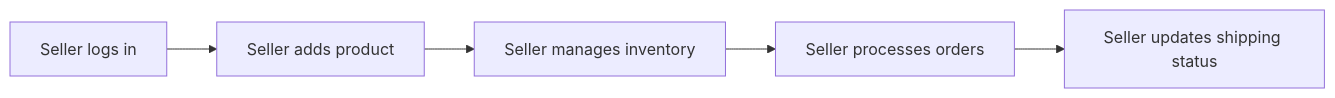
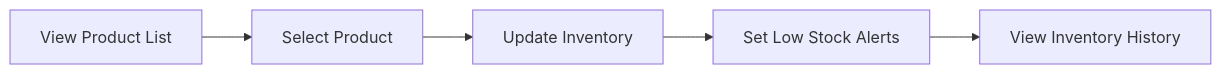
One commit to wrtnlabs/autobe-examples changed diagram 15 of 20 in mistralai/codestral-2508/shopping/docs/analysis/03-user-flows.md. Above: the diagram before and after it, drawn with Mermaid. The commit also changed other lines of this file and 7173 other files, not shown here.

````diff
--- a/mistralai/codestral-2508/shopping/docs/analysis/03-user-flows.md
+++ b/mistralai/codestral-2508/shopping/docs/analysis/03-user-flows.md
@@ -321,7 +163,7 @@
 ```mermaid
-flowchart LR
-    A["Seller logs in"] --> B["Seller adds product"]
-    B --> C["Seller manages inventory"]
-    C --> D["Seller processes orders"]
-    D --> E["Seller updates shipping status"]
+graph LR
+    A["View Product List"] --> B["Select Product"]
+    B --> C["Update Inventory"]
+    C --> D["Set Low Stock Alerts"]
+    D --> E["View Inventory History"]
 ```
````
